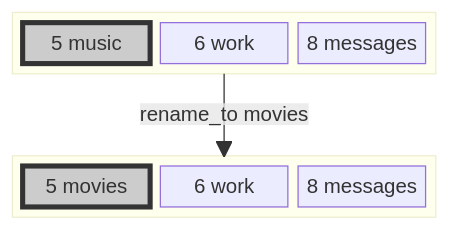
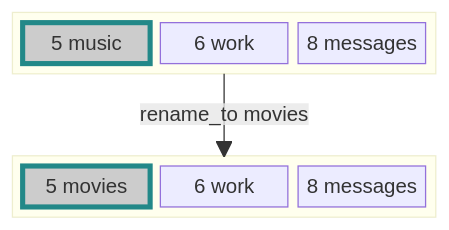
The eighth of 10 diagrams in README.md (berezowski/swaymsg_workspace), drawn with Mermaid before and after one commit. The commit also changed other lines of this file, not shown here.

````diff
--- a/README.md
+++ b/README.md
@@ -227,18 +227,18 @@
 ```mermaid
 block-beta
   columns 3
   block:a:3
     A["5 music"]
     B["6 work"]
     C["8 messages"]
   end
   space:3
   block:b:3
     D["5 movies"]
     E["6 work"]
     F["8 messages"]
   end
   a -- "rename_to movies"--> b
-  style A fill:#ccc,stroke:#333,stroke-width:4px
-  style D fill:#ccc,stroke:#333,stroke-width:4px
+  style A fill:#ccc,stroke:#288,stroke-width:4px,color:#000
+  style D fill:#ccc,stroke:#288,stroke-width:4px,color:#000
 ```
````
